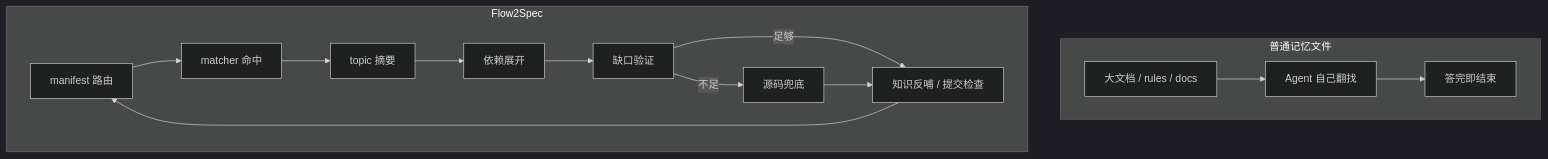
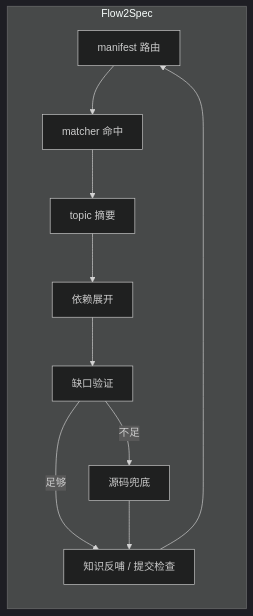
The fourth of 4 diagrams in docs/Flow2Spec基础介绍.md (Lands-1203/Flow2Spec), drawn with Mermaid (dark theme) before and after one commit.

````diff
--- a/docs/Flow2Spec基础介绍.md
+++ b/docs/Flow2Spec基础介绍.md
@@ -454,27 +464,16 @@
 ```mermaid
-flowchart TB
-  subgraph L[普通记忆文件]
-    direction LR
-    L1[大文档 / rules / docs]
-    L2[Agent 自己翻找]
-    L3[答完即结束]
-    L1 --> L2 --> L3
-  end
-
+flowchart LR
   subgraph R[Flow2Spec]
-    direction LR
     R1[manifest 路由]
     R2[matcher 命中]
     R3[topic 摘要]
     R4[依赖展开]
     R5[缺口验证]
     R6[源码兜底]
     R7[知识反哺 / 提交检查]
     R1 --> R2 --> R3 --> R4 --> R5
     R5 -->|足够| R7
     R5 -->|不足| R6 --> R7
     R7 --> R1
   end
-
-
 ```
````
